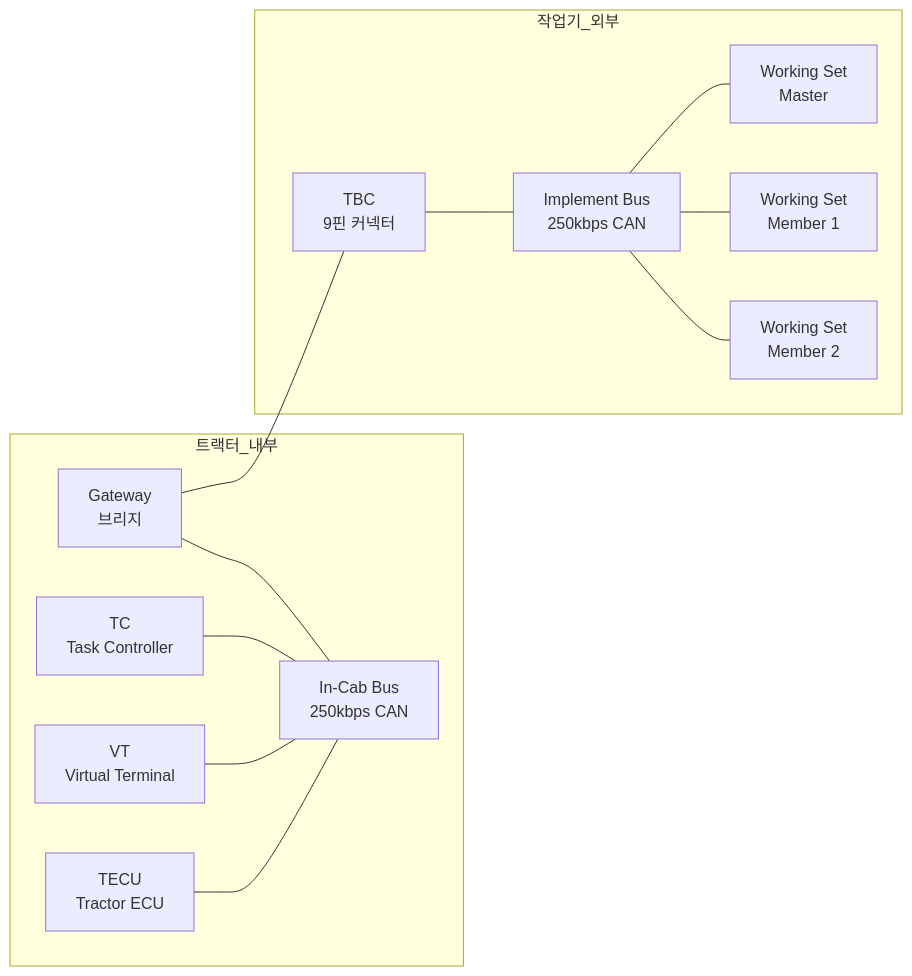
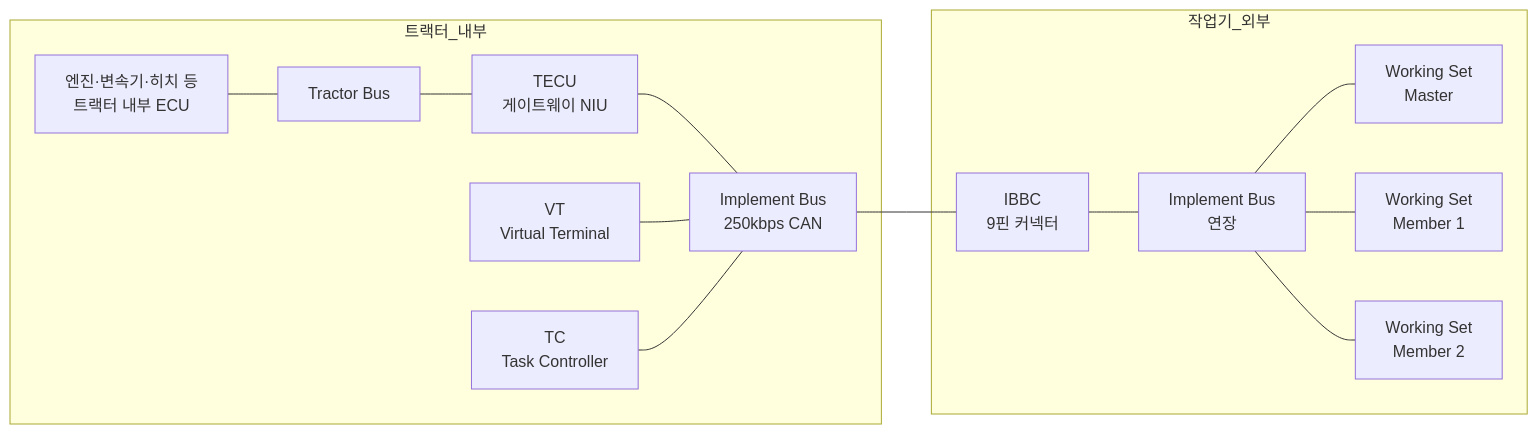
One commit to hobeen-kim/hobeen-kim.github.io changed the first of 3 diagrams in docs/_study/isobus/13-isobus-architecture.md. Above: the diagram before and after it, drawn with Mermaid. The commit also changed other lines of this file and 18 other files, not shown here.

````diff
--- a/docs/_study/isobus/13-isobus-architecture.md
+++ b/docs/_study/isobus/13-isobus-architecture.md
@@ -28,25 +28,23 @@
 ```mermaid
 graph LR
     subgraph 트랙터_내부
-        TECU[TECU<br>Tractor ECU]
-        VT[VT<br>Virtual Terminal]
-        TC[TC<br>Task Controller]
-        GW[Gateway<br>브리지]
-        TECU --- InCab[In-Cab Bus<br>250kbps CAN]
-        VT --- InCab
-        TC --- InCab
-        GW --- InCab
+        ENG[엔진·변속기·히치 등<br>트랙터 내부 ECU]
+        ENG --- TracBus[Tractor Bus]
+        TracBus --- TECU[TECU<br>게이트웨이 NIU]
+        TECU --- ImplBus[Implement Bus<br>250kbps CAN]
+        VT[VT<br>Virtual Terminal] --- ImplBus
+        TC[TC<br>Task Controller] --- ImplBus
     end
 
-    GW --- TBC[TBC<br>9핀 커넥터]
+    ImplBus --- IBBC[IBBC<br>9핀 커넥터]
 
     subgraph 작업기_외부
-        TBC --- ImplBus[Implement Bus<br>250kbps CAN]
+        IBBC --- ImplBus2[Implement Bus<br>연장]
         WSM[Working Set<br>Master]
         WSMem[Working Set<br>Member 1]
         WSMem2[Working Set<br>Member 2]
-        ImplBus --- WSM
-        ImplBus --- WSMem
-        ImplBus --- WSMem2
+        ImplBus2 --- WSM
+        ImplBus2 --- WSMem
+        ImplBus2 --- WSMem2
     end
 ```
````
